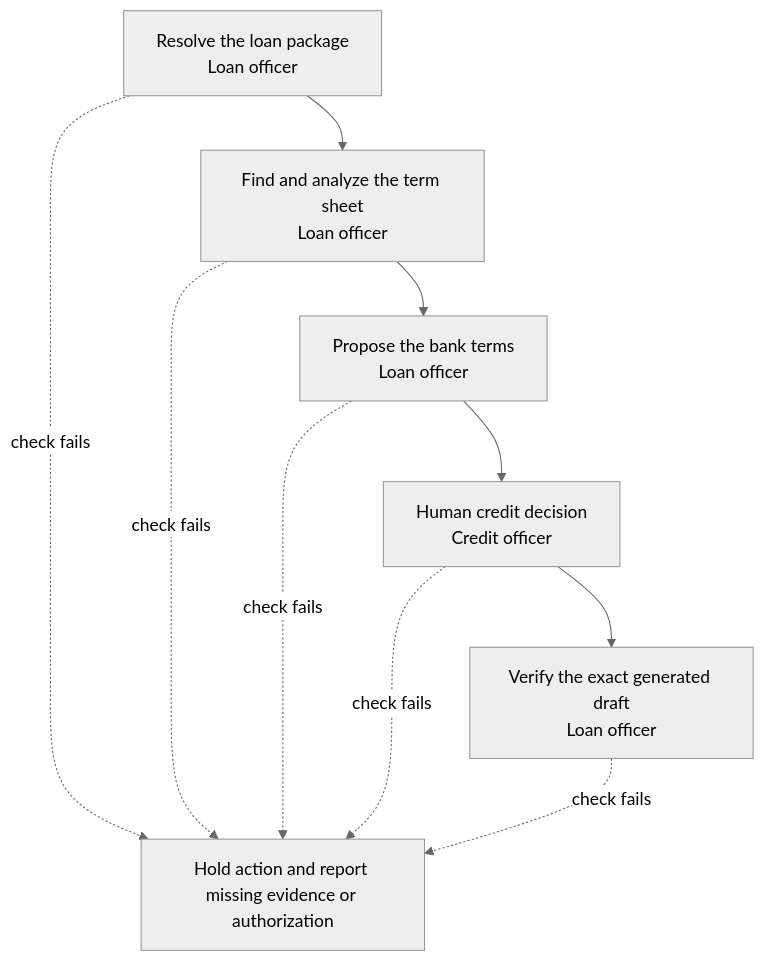
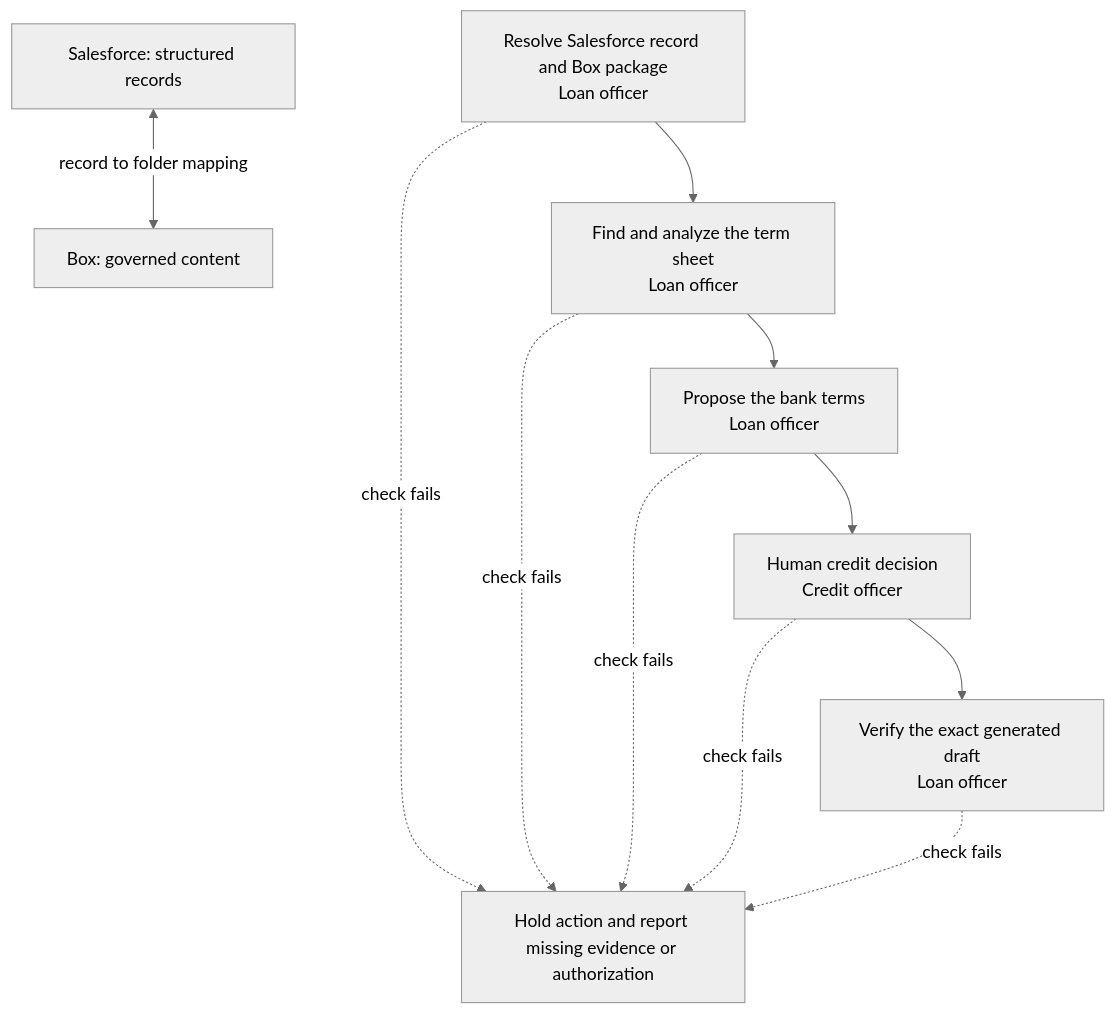
Before and after one commit to unofficialbox/box-agentic-template: the diagram in docs/generated/process.mmd, drawn with Mermaid (neutral theme). The commit also changed 69 other files, not shown here.

Commit message:
Require Box and Salesforce and add standalone Dispatch deployment assets

```diff
--- a/docs/generated/process.mmd
+++ b/docs/generated/process.mmd
@@ -1,16 +1,19 @@
 flowchart TD
-  intake["Resolve the loan package<br/>Loan officer"]
+  box["Box: governed content"]
+  salesforce["Salesforce: structured records"]
+  salesforce <-->|"record to folder mapping"| box
+  intake["Resolve Salesforce record and Box package<br/>Loan officer"]
   evidence["Find and analyze the term sheet<br/>Loan officer"]
   proposal["Propose the bank terms<br/>Loan officer"]
   approval["Human credit decision<br/>Credit officer"]
   output["Verify the exact generated draft<br/>Loan officer"]
   intake --> evidence
   evidence --> proposal
   proposal --> approval
   approval --> output
   hold["Hold action and report missing evidence or authorization"]
   intake -. "check fails" .-> hold
   evidence -. "check fails" .-> hold
   proposal -. "check fails" .-> hold
   approval -. "check fails" .-> hold
   output -. "check fails" .-> hold
```
